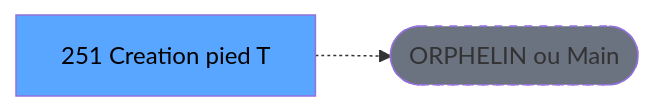
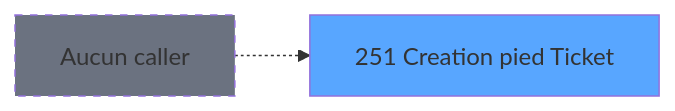
The second of 3 diagrams in .openspec/specs/ADH-IDE-251.md (thonyAGP/magic-migration), drawn with Mermaid before and after one commit. The commit also changed other lines of this file and 493 other files, not shown here.

````diff
--- a/.openspec/specs/ADH-IDE-251.md
+++ b/.openspec/specs/ADH-IDE-251.md
@@ -121,8 +175,8 @@
 ```mermaid
 graph LR
-    T[251 Creation pied T]
-    ORPHAN([ORPHELIN ou Main])
-    T -.-> ORPHAN
-    style T fill:#58a6ff,color:#000
-    style ORPHAN fill:#6b7280,stroke-dasharray: 5 5
+    T251[251 Creation pied Ticket]
+    style T251 fill:#58a6ff
+    NONE[Aucun caller]
+    NONE -.-> T251
+    style NONE fill:#6b7280,stroke-dasharray: 5 5
 ```
````
